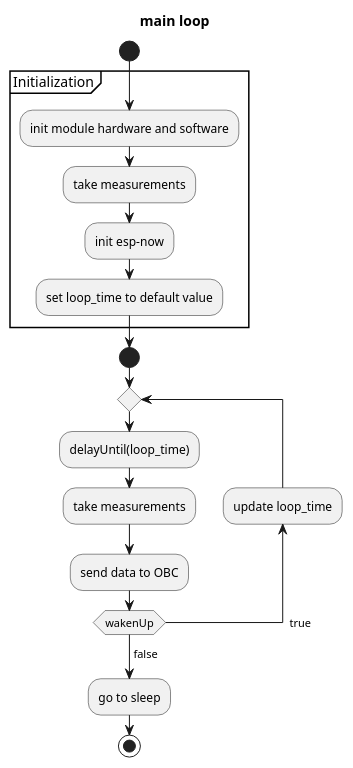
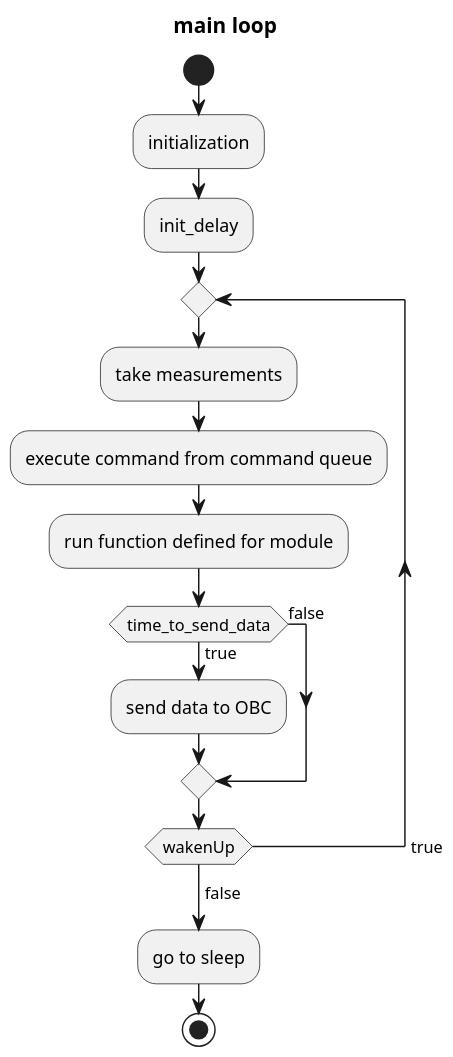
The diagram in docs/slave_main_loop.puml (PWrInSpace/MCB_Aurora), drawn with PlantUML before and after one commit. The commit also changed 16 other files, not shown here.

```diff
--- a/docs/slave_main_loop.puml
+++ b/docs/slave_main_loop.puml
@@ -1,57 +1,49 @@
 @startuml
+scale 1920 width
+scale 1080 height 
 
 ' participant "On-board computer" as obc
 ' participant "Module" as slave
 ' participant "Software template" as template
 
 ' == Tx Loop == 
 ' autonumber
 ' obc -> slave : mission state  
 ' template -> obc: send data
 ' slave -> template: stateInWakenUp()
 
 ' alt True
 ' template -> slave: turn off sleep mode
 ' else False
 ' template -> slave: go to sleep
 ' end group
 
 ' == Main Loop ==
 
 ' group initialization
 
 ' end group
 title main loop
 start
 
-partition Initialization {
+:initialization;
 
-:init module hardware and software;
+:init_delay;
 
+repeat
 :take measurements;
 
-:init esp-now;
+:execute command from command queue;
 
-:set loop_time to default value;
-}
+:run function defined for module;
 
-start
-repeat
-:delayUntil(loop_time);
-
-:take measurements;
-
-:send data to OBC;
-
-' if (wakenUp) then (no)
-'     :go to sleep;
-'     stop
-'     else (yes)
-' endif
-(-> true) backward :update loop_time;
-repeatwhile (wakenUp)
+if (time_to_send_data) then (true)
+    :send data to OBC;
+    else (false)
+endif
+repeatwhile (wakenUp) ->true
 ->false;
 :go to sleep;
 stop
 
 @enduml
```
